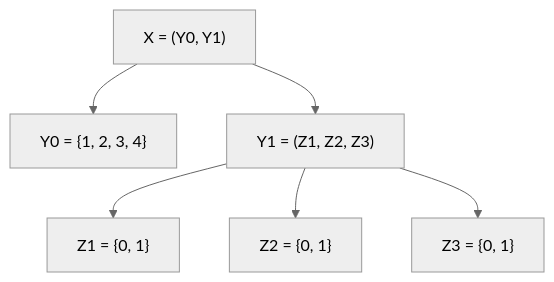
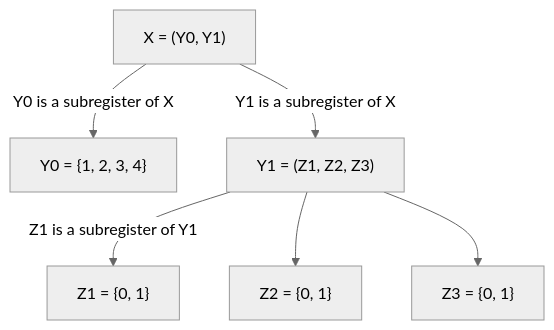
The diagram in quarto/textbook/chapter2/_2.1-registers-and-states.qmd (yama662607/Quantum-information), drawn with Mermaid (neutral theme) before and after one commit. The commit also changed other lines of this file and 5 other files, not shown here.

````diff
--- a/quarto/textbook/chapter2/_2.1-registers-and-states.qmd
+++ b/quarto/textbook/chapter2/_2.1-registers-and-states.qmd
@@ -38,15 +29,17 @@
 ```{mermaid}
+%%| label: fig-register-tree
+%%| fig-cap: "The tree associated with the registers described in Example 2.2"
 graph TD
     X["X = (Y0, Y1)"]
     Y0["Y0 = {1, 2, 3, 4}"]
     Y1["Y1 = (Z1, Z2, Z3)"]
     Z1["Z1 = {0, 1}"]
     Z2["Z2 = {0, 1}"]
     Z3["Z3 = {0, 1}"]
 
-    X --> Y0
-    X --> Y1
-    Y1 --> Z1
+    X -- Y0 is a subregister of X --> Y0
+    X -- Y1 is a subregister of X --> Y1
+    Y1 -- Z1 is a subregister of Y1 --> Z1
     Y1 --> Z2
     Y1 --> Z3
 ```
````
